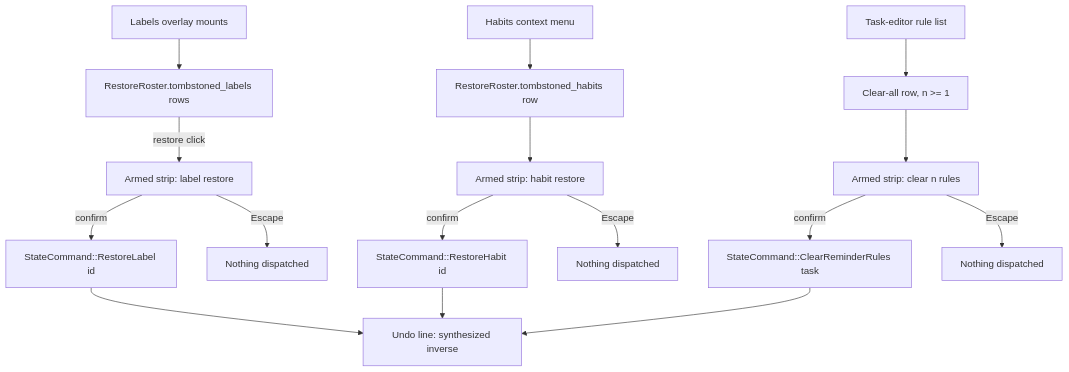
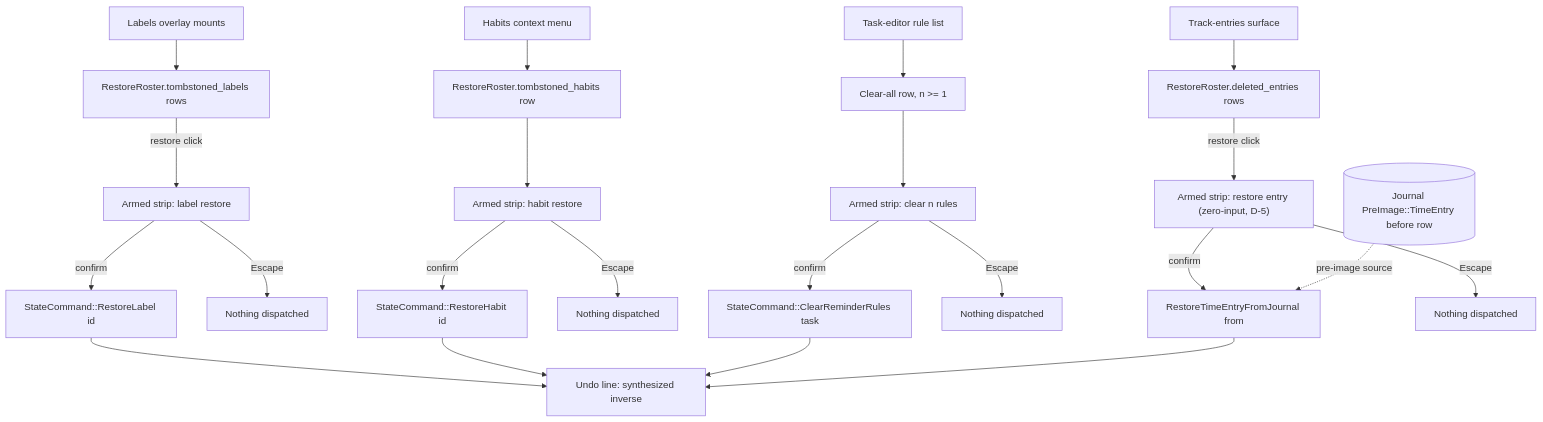
Before and after one commit to D4id4los/taskboard: the first of 2 diagrams in .artifacts/plans/2026-11-22-undo-family-journeys-restore-clear-surfaces.md, drawn with Mermaid. The commit also changed other lines of this file and 2 other files, not shown here.

````diff
--- a/.artifacts/plans/2026-11-22-undo-family-journeys-restore-clear-surfaces.md
+++ b/.artifacts/plans/2026-11-22-undo-family-journeys-restore-clear-surfaces.md
@@ -259,18 +362,24 @@
 ```mermaid
 flowchart TD
   L[Labels overlay mounts] --> R1[RestoreRoster.tombstoned_labels rows]
   R1 -->|restore click| A1[Armed strip: label restore]
   A1 -->|confirm| C1[StateCommand::RestoreLabel id]
   A1 -->|Escape| X1[Nothing dispatched]
   H[Habits context menu] --> R2[RestoreRoster.tombstoned_habits row]
   R2 --> A2[Armed strip: habit restore]
   A2 -->|confirm| C2[StateCommand::RestoreHabit id]
   A2 -->|Escape| X2[Nothing dispatched]
   E[Task-editor rule list] --> R3[Clear-all row, n >= 1]
   R3 --> A3[Armed strip: clear n rules]
   A3 -->|confirm| C3[StateCommand::ClearReminderRules task]
   A3 -->|Escape| X3[Nothing dispatched]
+  T[Track-entries surface] --> R4[RestoreRoster.deleted_entries rows]
+  R4 -->|restore click| A4["Armed strip: restore entry (zero-input, D-5)"]
+  A4 -->|confirm| C4[RestoreTimeEntryFromJournal from]
+  A4 -->|Escape| X4[Nothing dispatched]
+  J[(Journal PreImage::TimeEntry before row)] -.->|pre-image source| C4
   C1 --> U[Undo line: synthesized inverse]
   C2 --> U
   C3 --> U
+  C4 --> U
 ```
````
